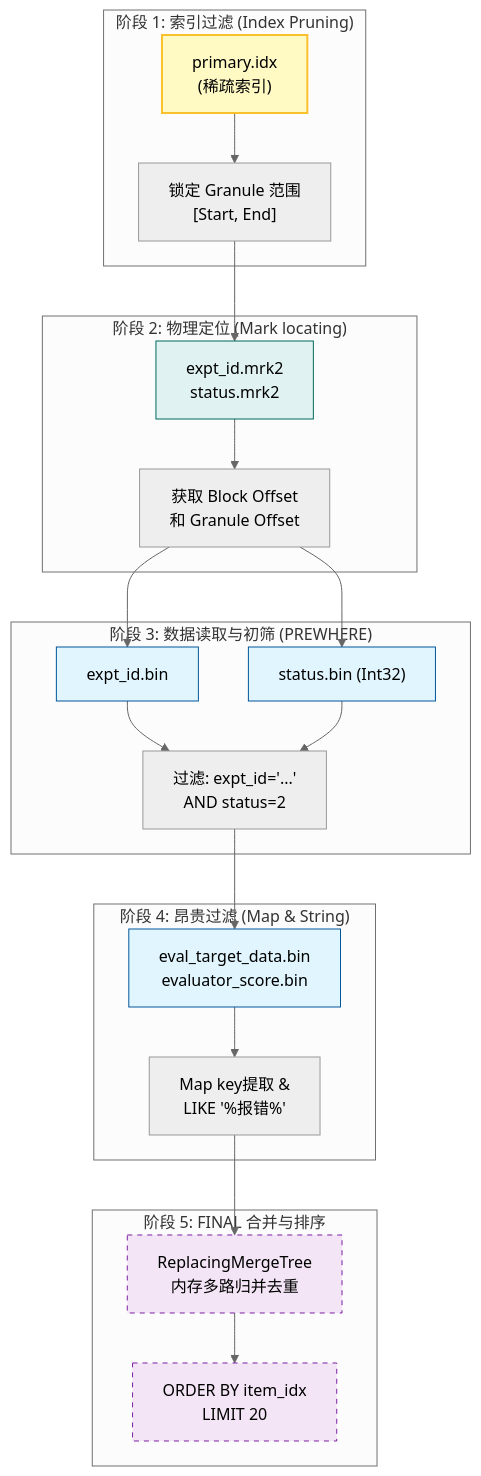
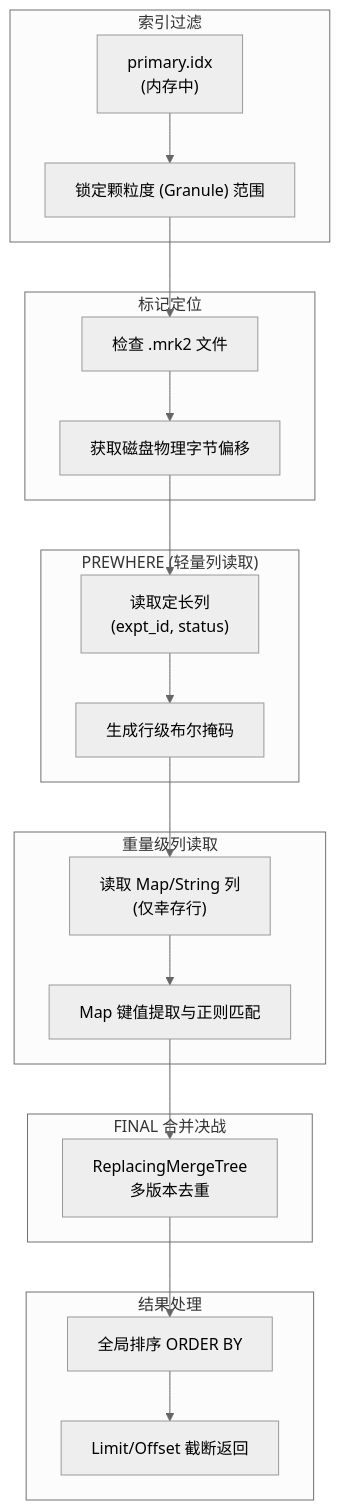
One commit to Lysssyo/Lysssyo.github.io changed the diagram in docs/04-中间件/ClickHouse/030-ClickHouse 实践.md. Above: the diagram before and after it, drawn with Mermaid (neutral theme). The commit also changed other lines of this file and 1 other file, not shown here.

````diff
--- a/docs/04-中间件/ClickHouse/030-ClickHouse 实践.md
+++ b/docs/04-中间件/ClickHouse/030-ClickHouse 实践.md
@@ -153,41 +94,33 @@
 ```mermaid
 graph TD
-    %% 样式
-    classDef idx fill:#fff9c4,stroke:#fbc02d,stroke-width:2px;
-    classDef mrk fill:#e0f2f1,stroke:#00695c;
-    classDef bin fill:#e1f5fe,stroke:#01579b;
-    classDef cpu fill:#f3e5f5,stroke:#7b1fa2,stroke-dasharray: 5 5;
-
-    subgraph Phase1 ["阶段 1: 索引过滤 (Index Pruning)"]
-        P_Idx["primary.idx<br>(稀疏索引)"]
-        Range["锁定 Granule 范围<br>[Start, End]"]
-        class P_Idx idx
+    subgraph Phase1 ["索引过滤"]
+        P_Idx["primary.idx<br>(内存中)"]
+        Range["锁定颗粒度 (Granule) 范围"]
     end
 
-    subgraph Phase2 ["阶段 2: 物理定位 (Mark locating)"]
-        Mrk["expt_id.mrk2<br>status.mrk2"]
-        Offset["获取 Block Offset<br>和 Granule Offset"]
-        class Mrk mrk
+    subgraph Phase2 ["标记定位"]
+        Mrk["检查 .mrk2 文件"]
+        Offset["获取磁盘物理字节偏移"]
     end
 
-    subgraph Phase3 ["阶段 3: 数据读取与初筛 (PREWHERE)"]
-        Bin1["expt_id.bin"]
-        Bin2["status.bin (Int32)"]
-        Filter1["过滤: expt_id='...'<br>AND status=2"]
-        class Bin1,Bin2 bin
+    subgraph Phase3 ["PREWHERE (轻量列读取)"]
+        Bin_Fixed["读取定长列<br>(expt_id, status)"]
+        Mask["生成行级布尔掩码"]
     end
 
-    subgraph Phase4 ["阶段 4: 昂贵过滤 (Map & String)"]
-        BinMap["eval_target_data.bin<br>evaluator_score.bin"]
-        Filter2["Map key提取 &<br>LIKE '%报错%'"]
-        class BinMap bin
+    subgraph Phase4 ["重量级列读取"]
+        Bin_Map["读取 Map/String 列<br>(仅幸存行)"]
+        Filter["Map 键值提取与正则匹配"]
     end
 
-    subgraph Phase5 ["阶段 5: FINAL 合并与排序"]
-        Merge["ReplacingMergeTree<br>内存多路归并去重"]
-        Sort["ORDER BY item_idx<br>LIMIT 20"]
-        class Merge,Sort cpu
+    subgraph Phase5 ["FINAL 合并决战"]
+        Merge["ReplacingMergeTree<br>多版本去重"]
     end
 
-    P_Idx --> Range --> Mrk --> Offset --> Bin1 & Bin2 --> Filter1 --> BinMap --> Filter2 --> Merge --> Sort
+    subgraph Phase6 ["结果处理"]
+        Sort["全局排序 ORDER BY"]
+        Limit["Limit/Offset 截断返回"]
+    end
+
+    P_Idx --> Range --> Mrk --> Offset --> Bin_Fixed --> Mask --> Bin_Map --> Filter --> Merge --> Sort --> Limit
 ```
````
